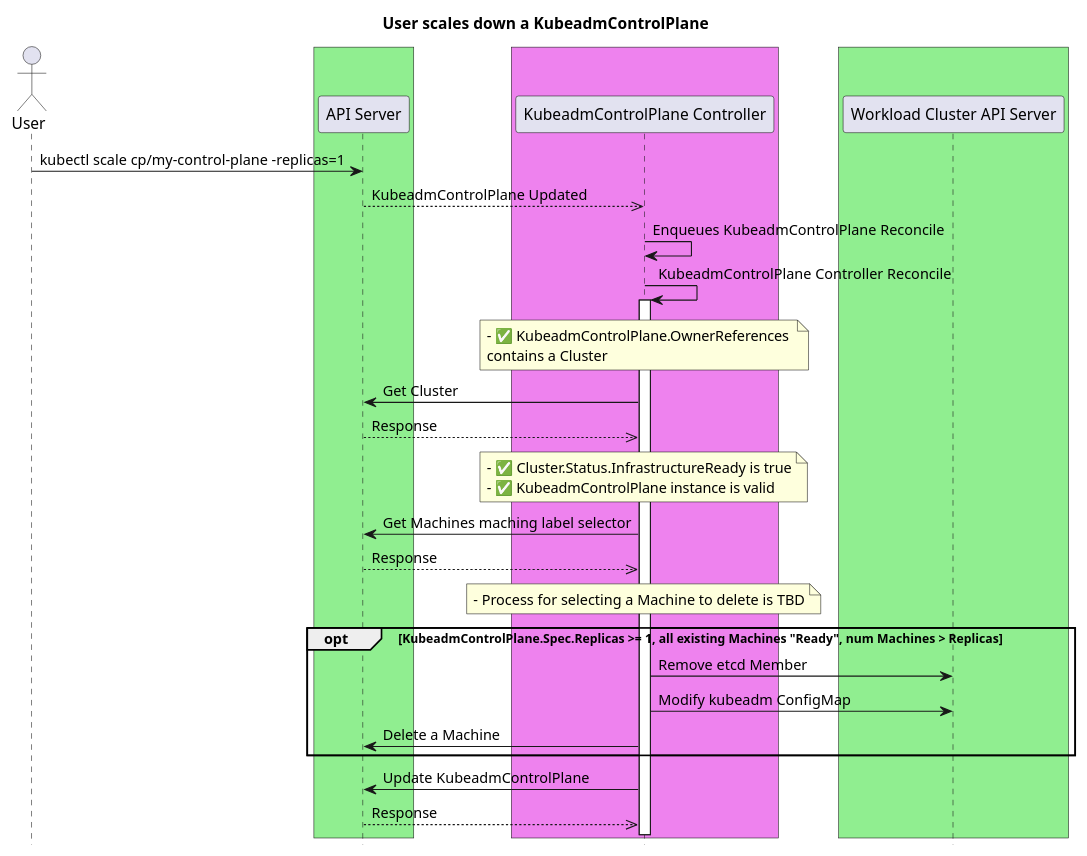
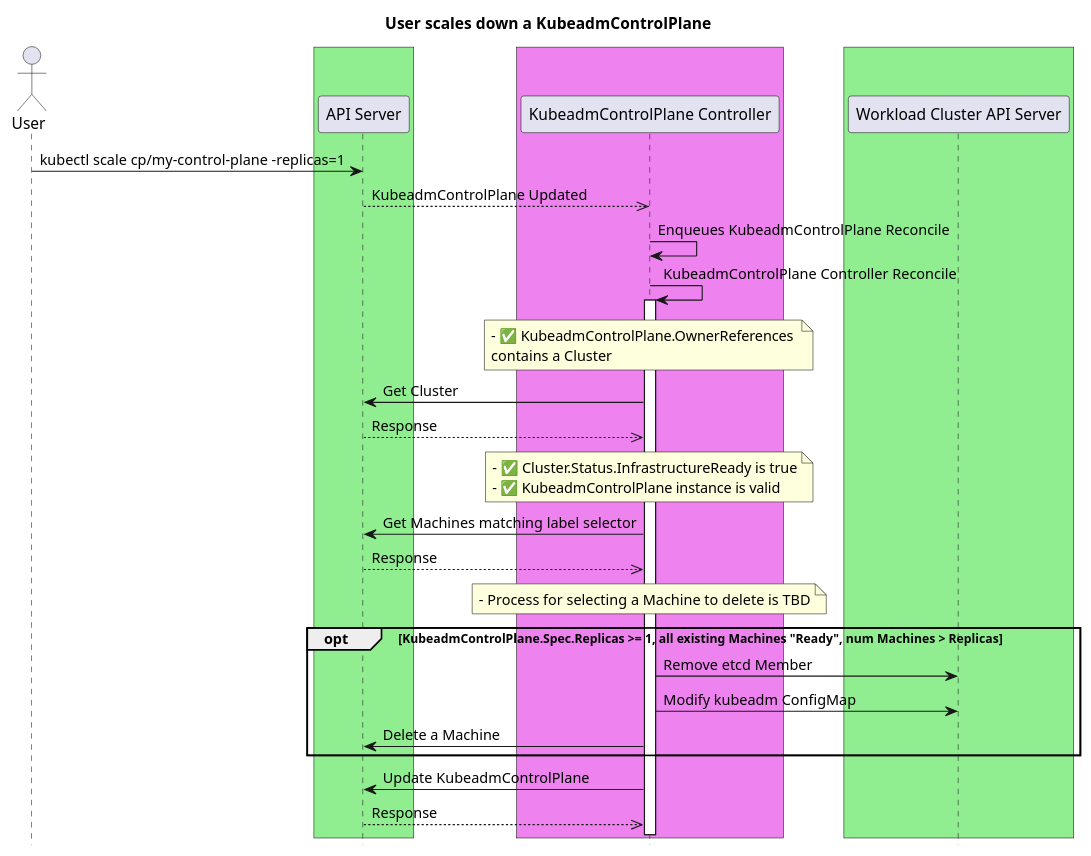
One commit to kubernetes-sigs/cluster-api changed the diagram in docs/proposals/images/controlplane/controlplane-init-7.plantuml. Above: the diagram before and after it, drawn with PlantUML. The commit also changed 17 other files, not shown here.

```diff
--- a/docs/proposals/images/controlplane/controlplane-init-7.plantuml
+++ b/docs/proposals/images/controlplane/controlplane-init-7.plantuml
@@ -1,55 +1,55 @@
 @startuml
 title User scales down a KubeadmControlPlane
 actor User
 
 ' -- GROUPS START ---
 
 box #lightgreen
 participant "API Server"
 end box
 
 box #violet
 participant "KubeadmControlPlane Controller"
 end box
 
 box #lightgreen
 participant "Workload Cluster API Server"
 end box
 
 ' -- GROUPS END ---
 
 User->"API Server":kubectl scale cp/my-control-plane -replicas=1
 "API Server"-->>"KubeadmControlPlane Controller": KubeadmControlPlane Updated
 
 "KubeadmControlPlane Controller"-> "KubeadmControlPlane Controller":Enqueues KubeadmControlPlane Reconcile
 
 "KubeadmControlPlane Controller"-> "KubeadmControlPlane Controller":KubeadmControlPlane Controller Reconcile
 activate "KubeadmControlPlane Controller"
 
 note over "KubeadmControlPlane Controller": - ✅ KubeadmControlPlane.OwnerReferences \ncontains a Cluster
 
 "KubeadmControlPlane Controller"->"API Server": Get Cluster
 "KubeadmControlPlane Controller"<<--"API Server": Response
 
 note over "KubeadmControlPlane Controller": - ✅ Cluster.Status.InfrastructureReady is true\n- ✅ KubeadmControlPlane instance is valid
 
-"KubeadmControlPlane Controller"->"API Server": Get Machines maching label selector
+"KubeadmControlPlane Controller"->"API Server": Get Machines matching label selector
 "KubeadmControlPlane Controller"<<--"API Server": Response
 
 note over "KubeadmControlPlane Controller": - Process for selecting a Machine to delete is TBD
 
 opt KubeadmControlPlane.Spec.Replicas >= 1, all existing Machines "Ready", num Machines > Replicas
 
 "KubeadmControlPlane Controller"->"Workload Cluster API Server": Remove etcd Member
 
 "KubeadmControlPlane Controller"->"Workload Cluster API Server": Modify kubeadm ConfigMap
 
 "KubeadmControlPlane Controller"->"API Server": Delete a Machine
 
 end
 
 "KubeadmControlPlane Controller"->"API Server": Update KubeadmControlPlane
 "KubeadmControlPlane Controller"<<--"API Server": Response
 
 hide footbox
 @enduml
```
